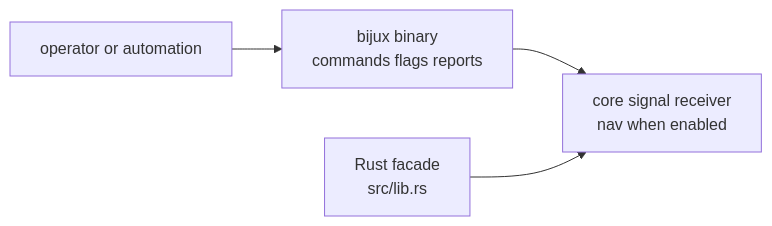
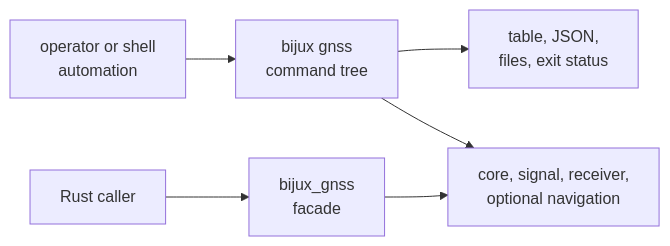
The first of 2 diagrams in docs/01-bijux-gnss/interfaces/api-surface.md (bijux/bijux-telecom), drawn with Mermaid before and after one commit. The commit also changed other lines of this file and 1 other file, not shown here.

Commit message:
docs(gnss): separate operator and Rust entrypoints

````diff
--- a/docs/01-bijux-gnss/interfaces/api-surface.md
+++ b/docs/01-bijux-gnss/interfaces/api-surface.md
@@ -18,11 +19,13 @@
 ```mermaid
 flowchart LR
-    operator["operator or automation"]
-    binary["bijux binary<br/>commands flags reports"]
-    facade["Rust facade<br/>src/lib.rs"]
-    owners["core signal receiver<br/>nav when enabled"]
+    operator["operator or shell<br/>automation"]
+    cli["bijux gnss<br/>command tree"]
+    reports["table, JSON,<br/>files, exit status"]
+    rust["Rust caller"]
+    facade["bijux_gnss<br/>facade"]
+    owners["core, signal, receiver,<br/>optional navigation"]
 
-    operator --> binary
-    binary --> owners
-    facade --> owners
+    operator --> cli --> reports
+    rust --> facade --> owners
+    cli --> owners
 ```
````
